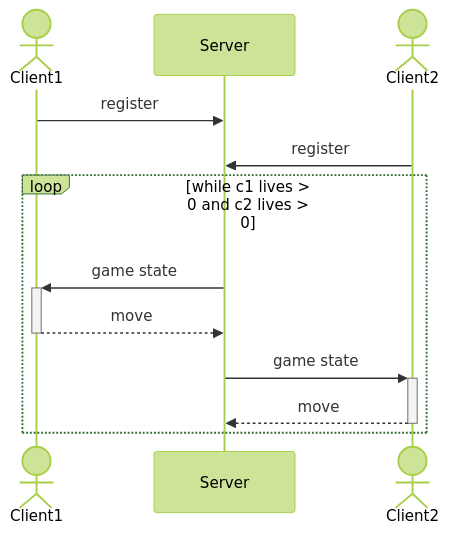
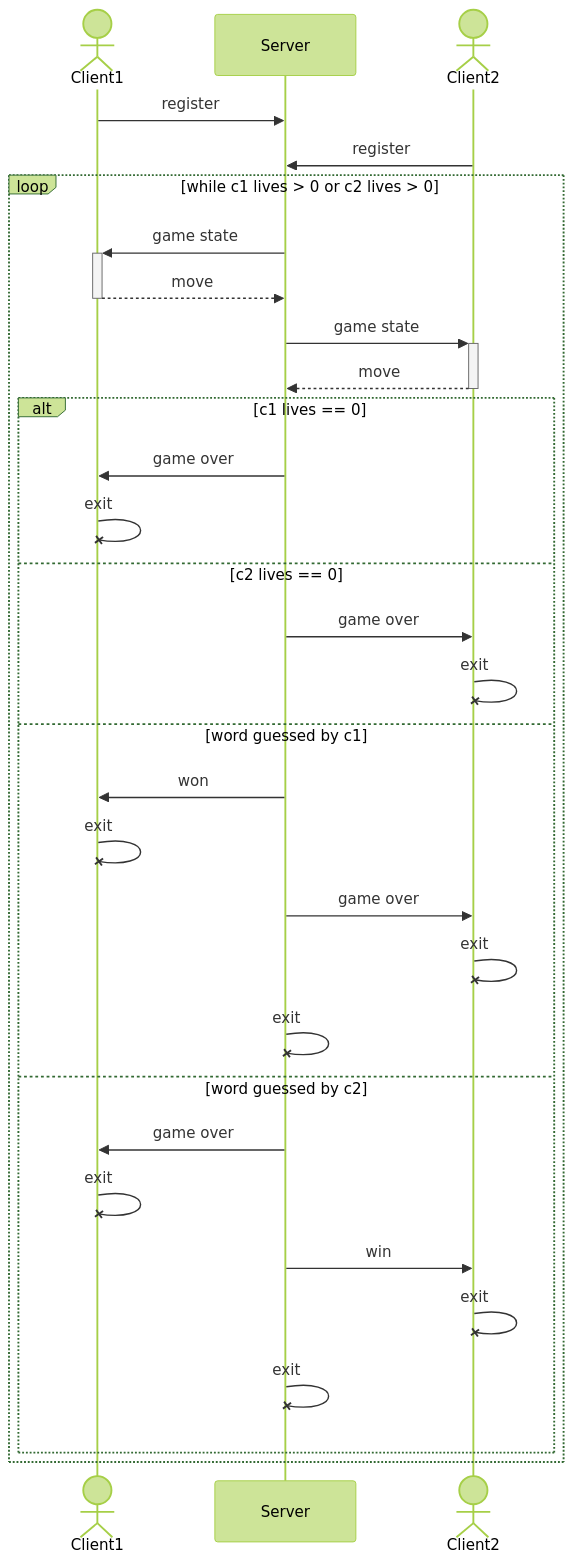
The second of 4 diagrams in esercizi/completi/impiccato/README.md (TendTo/Tutorato-Reti-di-Calcolatori), drawn with Mermaid (forest theme) before and after one commit.

Commit message:
feat(esercizio): update sequence diagram

````diff
--- a/esercizi/completi/impiccato/README.md
+++ b/esercizi/completi/impiccato/README.md
@@ -69,15 +69,35 @@
 ```mermaid
 sequenceDiagram
 actor c1 as Client1
 participant s as Server
 actor c2 as Client2
 
 c1 ->> s: register
 c2 ->> s: register
-loop while c1 lives > 0 and c2 lives > 0
+loop while c1 lives > 0 or c2 lives > 0
     s ->>+ c1: game state
     c1 -->>- s: move
     s ->>+ c2: game state
     c2 -->>- s: move
+
+    alt c1 lives == 0
+        s ->> c1: game over
+        c1 -x c1: exit
+    else c2 lives == 0
+        s ->> c2: game over
+        c2 -x c2: exit
+    else word guessed by c1
+        s ->> c1: won
+        c1 -x c1: exit
+        s ->> c2: game over
+        c2 -x c2: exit
+        s -x s: exit
+    else word guessed by c2
+        s ->> c1: game over
+        c1 -x c1: exit
+        s ->> c2: win
+        c2 -x c2: exit
+        s -x s: exit
+    end
 end
 ```
````
